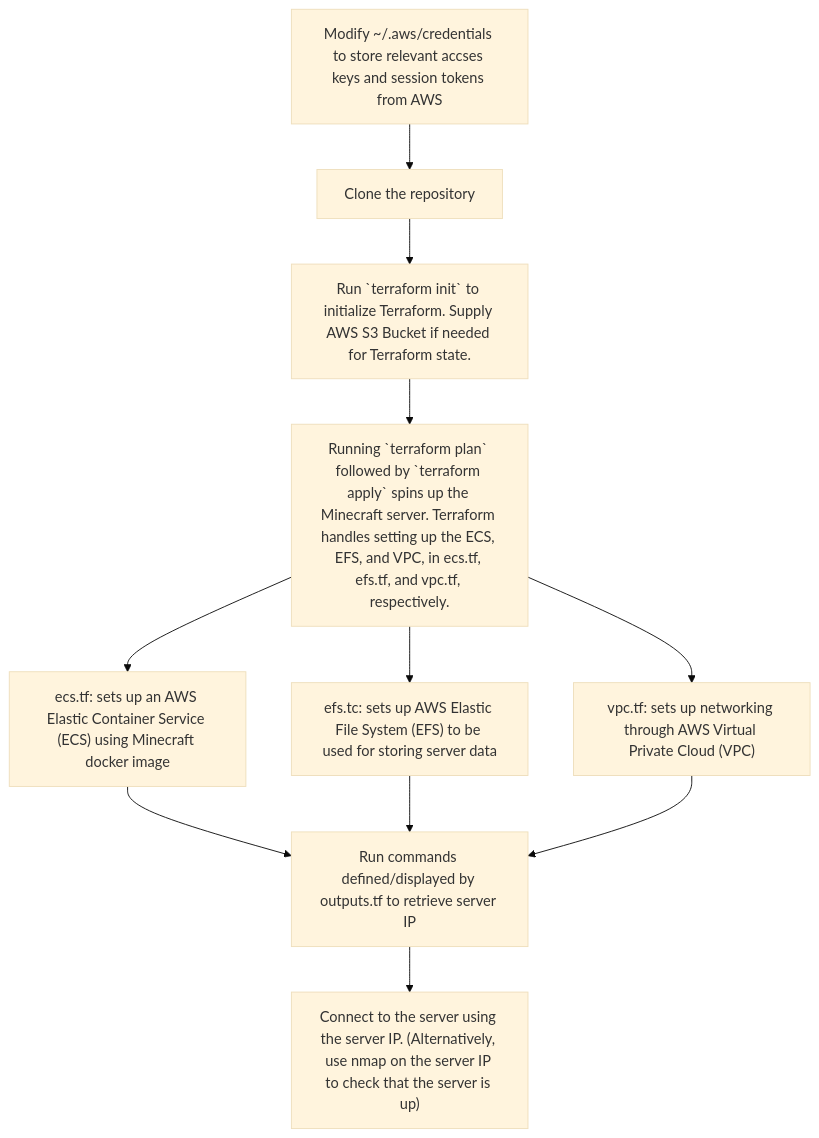
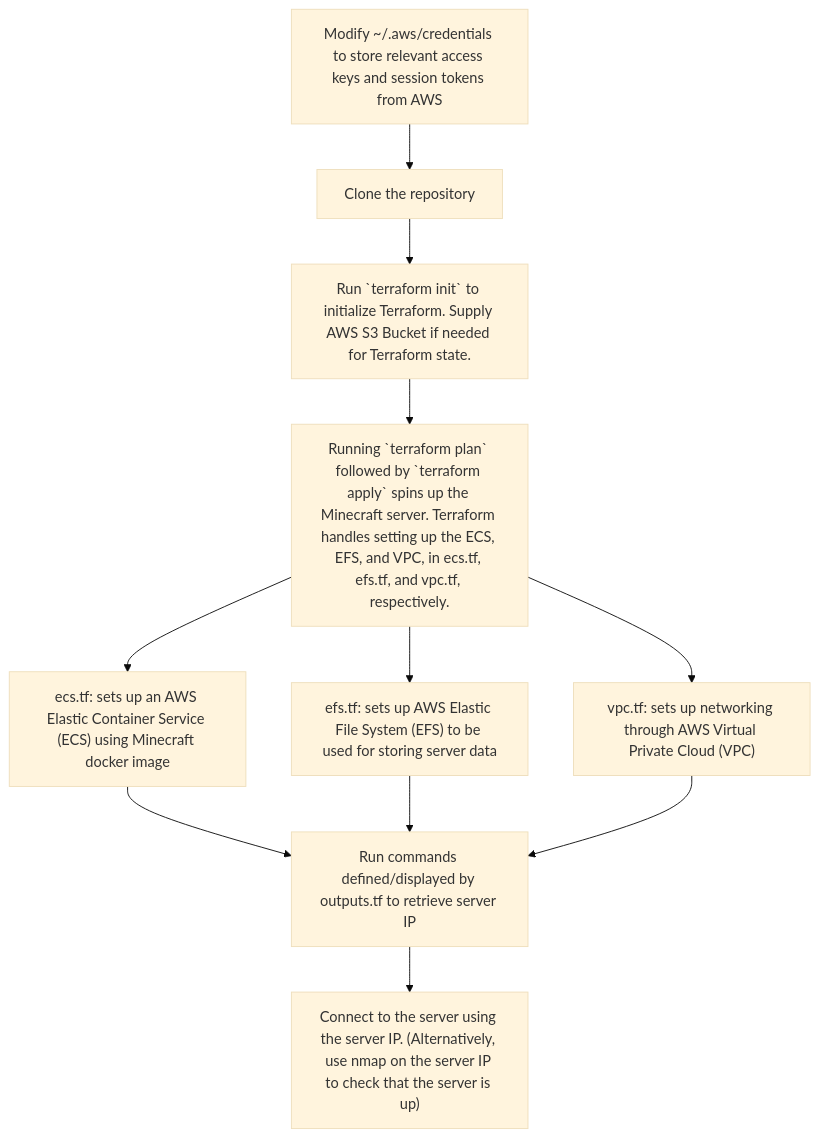
Before and after one commit to jamie-dang-n/CS_312_Course_Proj_pt2: the second of 2 diagrams in README.md, drawn with Mermaid (base theme). The commit also changed other lines of this file, not shown here.

````diff
--- a/README.md
+++ b/README.md
@@ -39,20 +39,20 @@
 ```mermaid
 flowchart TD
-    aws["Modify ~/.aws/credentials to store relevant accses keys and session tokens from AWS"] 
+    aws["Modify ~/.aws/credentials to store relevant access keys and session tokens from AWS"] 
     --> clone[Clone the repository] 
     --> runInit["Run `terraform init` to initialize Terraform. Supply AWS S3 Bucket if needed for Terraform state."]
     --> spinServer["Running `terraform plan` followed by `terraform apply` spins up the Minecraft server. Terraform handles setting up the ECS, EFS, and VPC, in ecs.tf, efs.tf, and vpc.tf, respectively. "]
     
     
     spinServer --> ecs["ecs.tf: sets up an AWS Elastic Container Service (ECS) using Minecraft docker image"]
-    spinServer --> efs["efs.tc: sets up AWS Elastic File System (EFS) to be used for storing server data"]
+    spinServer --> efs["efs.tf: sets up AWS Elastic File System (EFS) to be used for storing server data"]
     spinServer --> vpc["vpc.tf: sets up networking through AWS Virtual Private Cloud (VPC)"]
 
     getIP[Run commands defined/displayed by outputs.tf to retrieve server IP]
 
     ecs --> getIP
     efs --> getIP
     vpc --> getIP
 
     getIP --> connect["Connect to the server using the server IP. (Alternatively, use nmap on the server IP to check that the server is up)"]
 ```
````
